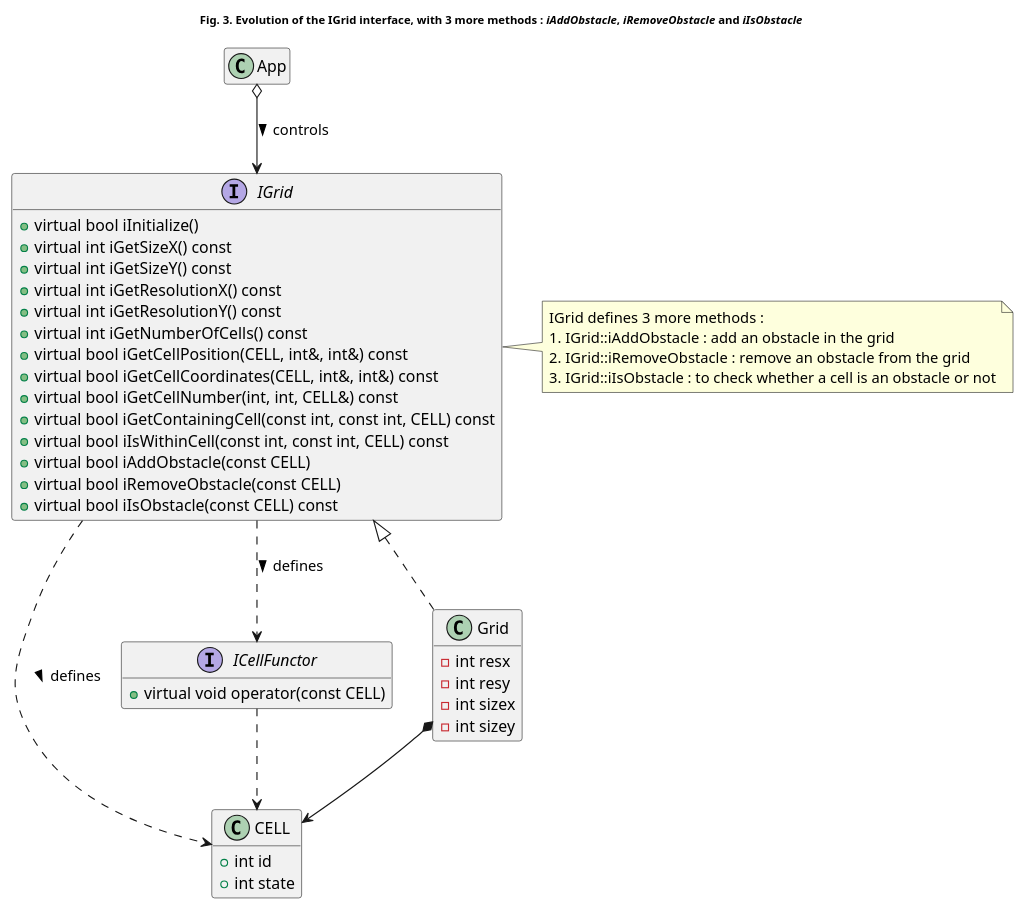
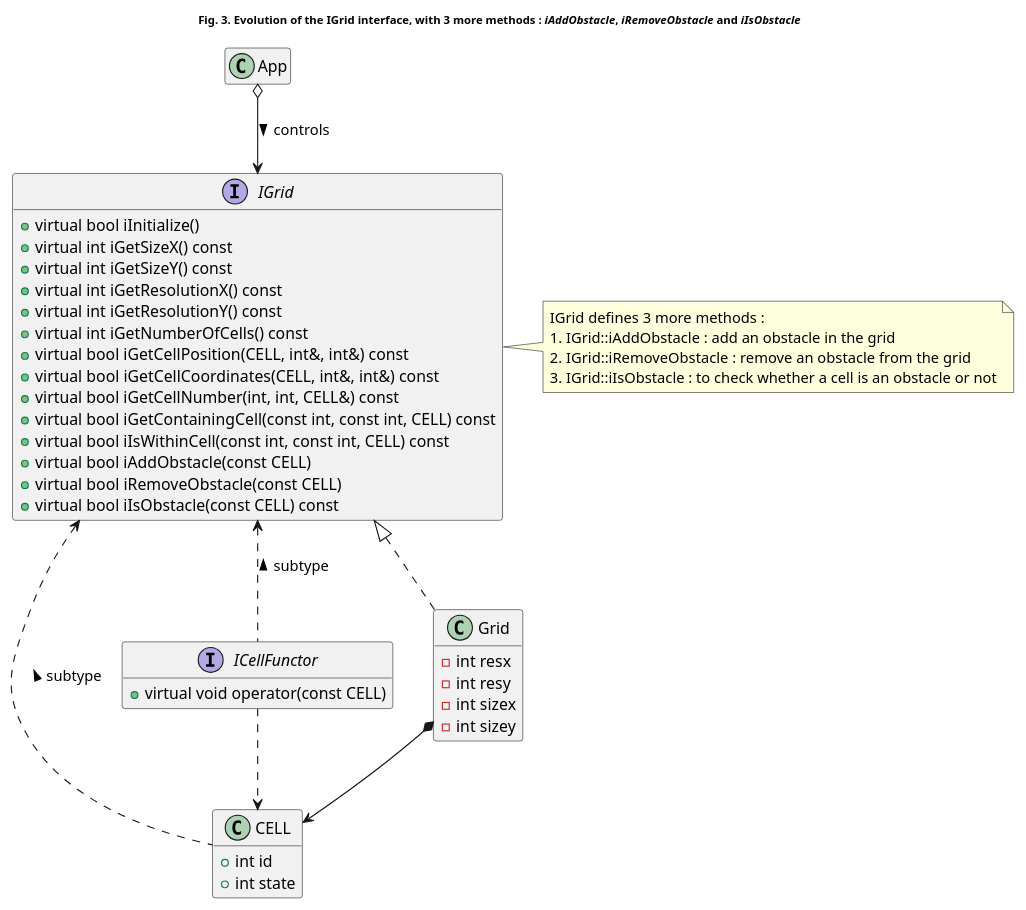
Before and after one commit to kanmeugne/kanmeugne.github.io: the third of 4 diagrams in _posts/modsim/2020-10-04-2d-grid-obstacles.md, drawn with PlantUML. The commit also changed other lines of this file and 2 other files, not shown here.

```diff
--- a/_posts/modsim/2020-10-04-2d-grid-obstacles.md
+++ b/_posts/modsim/2020-10-04-2d-grid-obstacles.md
@@ -91,58 +82,58 @@
 {% plantuml %}
 @startuml
 title: <size:10>Fig. 3. Evolution of the IGrid interface, with 3 more methods : <i>iAddObstacle</i>, <i>iRemoveObstacle</i> and <i>iIsObstacle</i></size>
 class App {
     + {static} const int DEFAULT_HEIGHT
     + {static} const int DEFAULT_WIDTH
     + {static} const int DEFAULT_RESX
     + {static} const int DEFAULT_RESY
     + void run()
     + void display()
 }
 class CELL {
     + int id
     + int state
 }
 interface ICellFunctor {
     + virtual void operator(const CELL)
 }
 interface IGrid {
     + virtual bool iInitialize()
     + virtual int iGetSizeX() const
     + virtual int iGetSizeY() const
     + virtual int iGetResolutionX() const
     + virtual int iGetResolutionY() const
     + virtual int iGetNumberOfCells() const
     + virtual bool iGetCellPosition(CELL, int&, int&) const
     + virtual bool iGetCellCoordinates(CELL, int&, int&) const
     + virtual bool iGetCellNumber(int, int, CELL&) const
     + virtual bool iGetContainingCell(const int, const int, CELL) const
     + virtual bool iIsWithinCell(const int, const int, CELL) const
     + virtual bool iAddObstacle(const CELL)
     + virtual bool iRemoveObstacle(const CELL)
     + virtual bool iIsObstacle(const CELL) const
 }
 note right
 IGrid defines 3 more methods :
 # IGrid::iAddObstacle : add an obstacle in the grid
 # IGrid::iRemoveObstacle : remove an obstacle from the grid
 # IGrid::iIsObstacle : to check whether a cell is an obstacle or not
 end note
 class Grid implements IGrid {
     - int resx
     - int resy
     - int sizex
     - int sizey
 }
-IGrid ..> CELL : defines >
-IGrid ..> ICellFunctor : defines >
+IGrid <.. CELL : subtype <
+IGrid <.. ICellFunctor : subtype <
 ICellFunctor ..> CELL
 Grid *--> CELL
 App o--> IGrid : controls >
 hide App members
 hide IGrid fields
 hide CELL methods
 hide Grid methods
 hide ICellFunctor fields
 @enduml
 {% endplantuml %}
```
